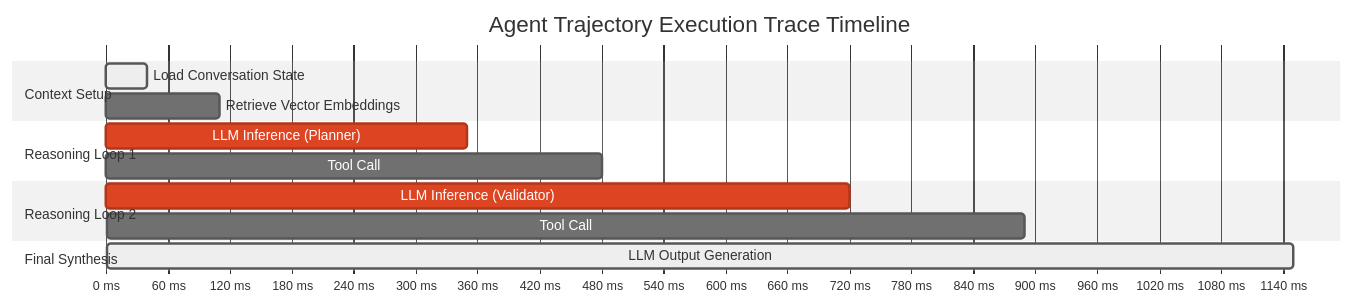
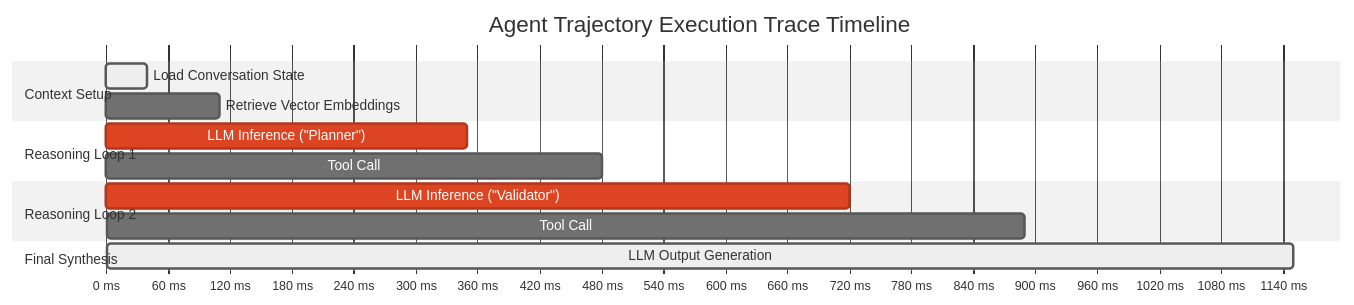
The second of 2 diagrams in content/series/agentic-system-architecture/part-5-agent-evals.md (vesviet/vesviet), drawn with Mermaid (neutral theme) before and after one commit. The commit also changed other lines of this file and 331 other files, not shown here.

````diff
--- a/content/series/agentic-system-architecture/part-5-agent-evals.md
+++ b/content/series/agentic-system-architecture/part-5-agent-evals.md
@@ -326,21 +328,21 @@
 ```mermaid
 gantt
     title Agent Trajectory Execution Trace Timeline
     dateFormat  X
     axisFormat %s ms
 
     section Context Setup
     Load Conversation State    :active, t1, 0, 40
     Retrieve Vector Embeddings :t2, 40, 110
 
     section Reasoning Loop 1
-    LLM Inference (Planner)    :crit, t3, 110, 350
+    LLM Inference ("Planner")    :crit, t3, 110, 350
     Tool Call: SearchIndex     :t4, 350, 480
 
     section Reasoning Loop 2
-    LLM Inference (Validator)  :crit, t5, 480, 720
+    LLM Inference ("Validator")  :crit, t5, 480, 720
     Tool Call: ExecuteSQL      :t6, 720, 890
 
     section Final Synthesis
     LLM Output Generation      :active, t7, 890, 1150
 ```
````
